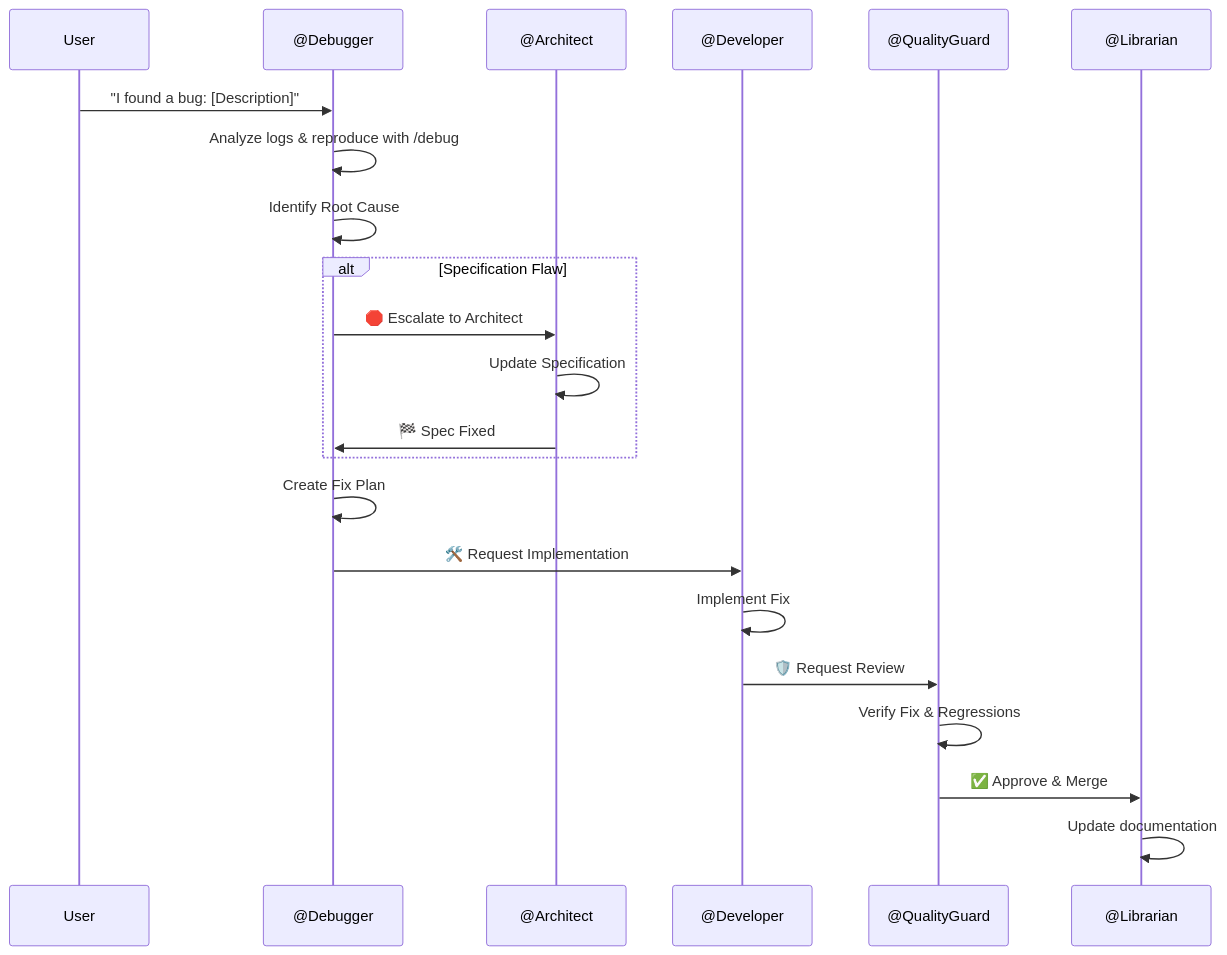
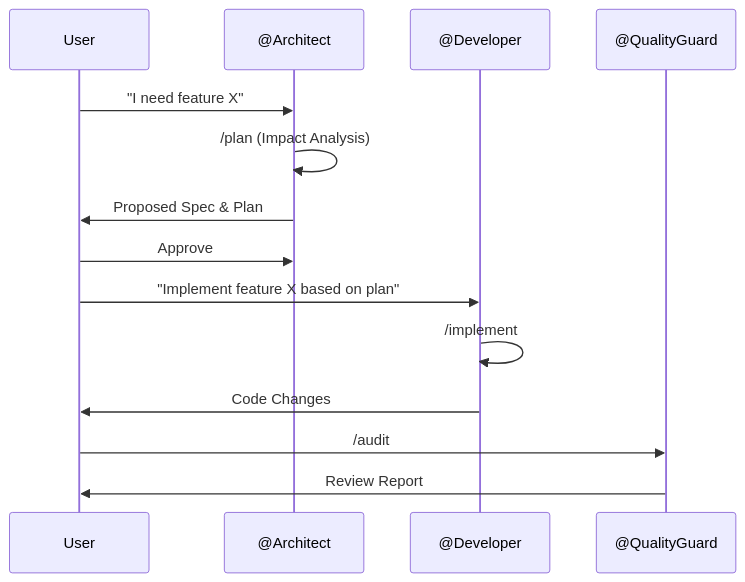
One commit to LongbowXXX/terraformer changed the second of 2 diagrams in agents-docs/key-flows.md. Above: the diagram before and after it, drawn with Mermaid. The commit also changed other lines of this file and 6 other files, not shown here.

Commit message:
docs: Add comprehensive documentation for the Terraformer agents system, covering architecture, conventions, and key flows.

````diff
--- a/agents-docs/key-flows.md
+++ b/agents-docs/key-flows.md
@@ -287,27 +52,17 @@
 ```mermaid
 sequenceDiagram
-    participant U as User
-    participant DB as @Debugger
-    participant AR as @Architect
-    participant DV as @Developer
+    participant User
+    participant Arch as @Architect
+    participant Dev as @Developer
     participant QG as @QualityGuard
-    participant LB as @Librarian
 
-    U->>DB: "I found a bug: [Description]"
-    DB->>DB: Analyze logs & reproduce with /debug
-    DB->>DB: Identify Root Cause
-
-    alt Specification Flaw
-        DB->>AR: 🛑 Escalate to Architect
-        AR->>AR: Update Specification
-        AR->>DB: 🏁 Spec Fixed
-    end
-
-    DB->>DB: Create Fix Plan
-    DB->>DV: 🛠️ Request Implementation
-    DV->>DV: Implement Fix
-    DV->>QG: 🛡️ Request Review
-    QG->>QG: Verify Fix & Regressions
-    QG->>LB: ✅ Approve & Merge
-    LB->>LB: Update documentation
+    User->>Arch: "I need feature X"
+    Arch->>Arch: /plan (Impact Analysis)
+    Arch->>User: Proposed Spec & Plan
+    User->>Arch: Approve
+    User->>Dev: "Implement feature X based on plan"
+    Dev->>Dev: /implement
+    Dev->>User: Code Changes
+    User->>QG: /audit
+    QG->>User: Review Report
 ```
````
